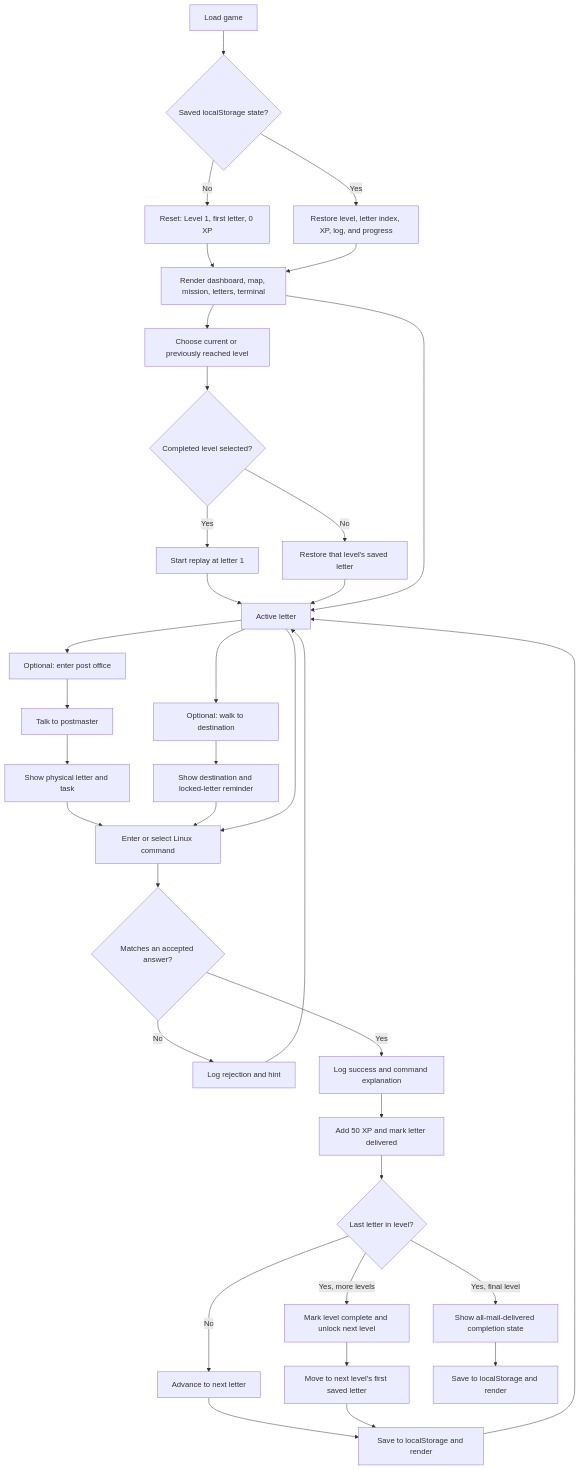
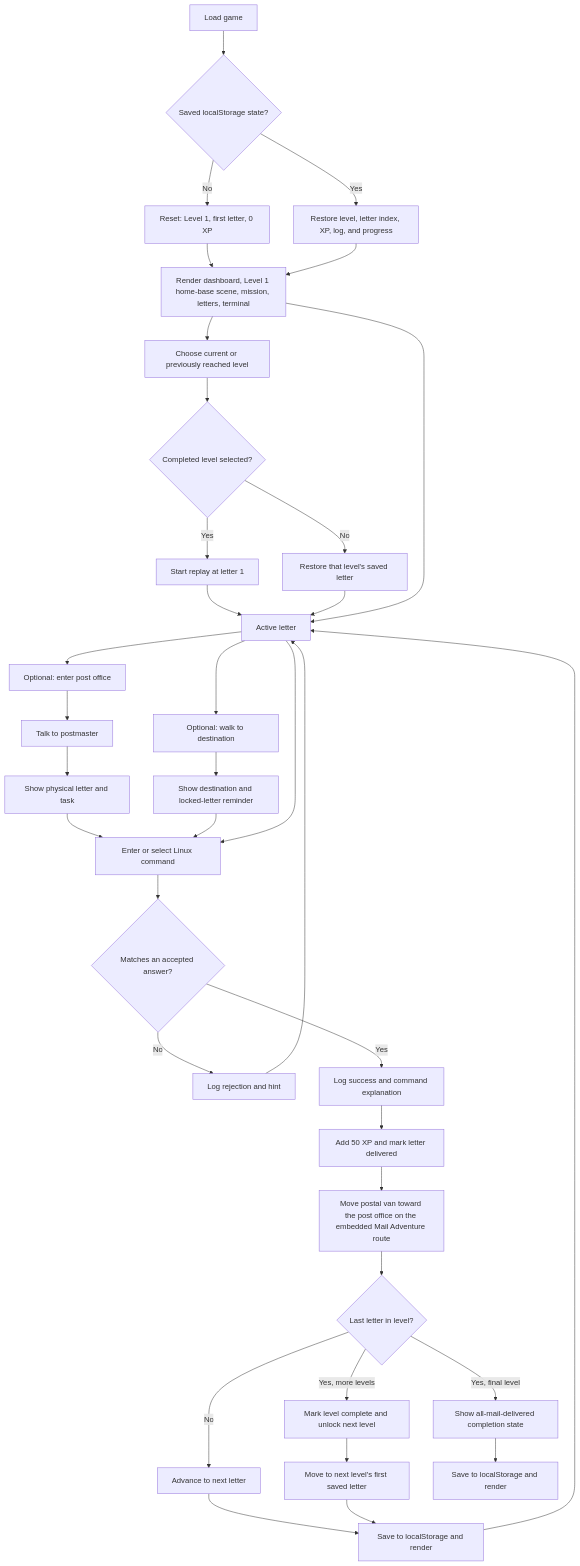
The first of 2 diagrams in game-flow.md (Rajitha1881/learn-linux), drawn with Mermaid before and after one commit. The commit also changed 2 other files, not shown here.

Commit message:
update: Refine game flow documentation and enhance product vision clarity

````diff
--- a/game-flow.md
+++ b/game-flow.md
@@ -5,40 +5,41 @@
 ```mermaid
 flowchart TD
     A[Load game] --> B{Saved localStorage state?}
     B -- No --> C[Reset: Level 1, first letter, 0 XP]
     B -- Yes --> D[Restore level, letter index, XP, log, and progress]
-    C --> E[Render dashboard, map, mission, letters, terminal]
+    C --> E[Render dashboard, Level 1 home-base scene, mission, letters, terminal]
     D --> E
 
     E --> F[Choose current or previously reached level]
     F --> G{Completed level selected?}
     G -- Yes --> H[Start replay at letter 1]
     G -- No --> I[Restore that level's saved letter]
     H --> J[Active letter]
     I --> J
     E --> J
 
     J --> K[Optional: enter post office]
     K --> L[Talk to postmaster]
     L --> M[Show physical letter and task]
     J --> N[Optional: walk to destination]
     N --> O[Show destination and locked-letter reminder]
     M --> P[Enter or select Linux command]
     O --> P
     J --> P
 
     P --> Q{Matches an accepted answer?}
     Q -- No --> R[Log rejection and hint]
     R --> J
     Q -- Yes --> S[Log success and command explanation]
     S --> T[Add 50 XP and mark letter delivered]
-    T --> U{Last letter in level?}
+    T --> VAN[Move postal van toward the post office on the embedded Mail Adventure route]
+    VAN --> U{Last letter in level?}
     U -- No --> V[Advance to next letter]
     V --> W[Save to localStorage and render]
     W --> J
     U -- Yes, more levels --> X[Mark level complete and unlock next level]
     X --> Y[Move to next level's first saved letter]
     Y --> W
     U -- Yes, final level --> Z[Show all-mail-delivered completion state]
     Z --> AA[Save to localStorage and render]
 ```
````
